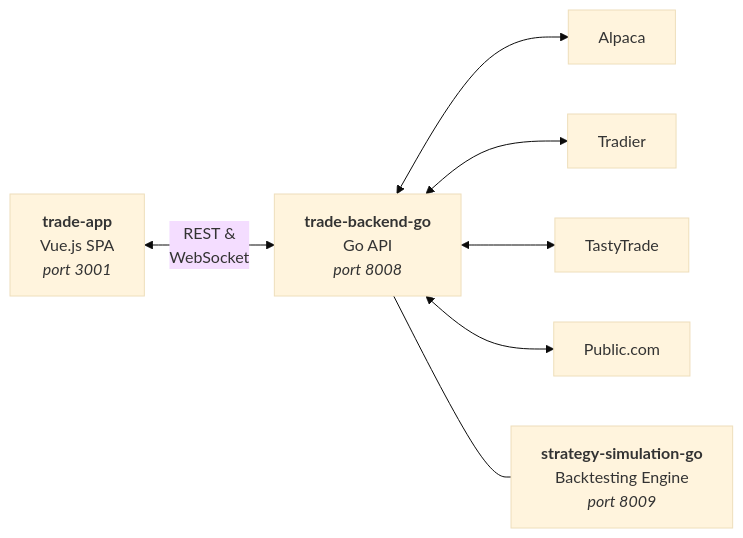
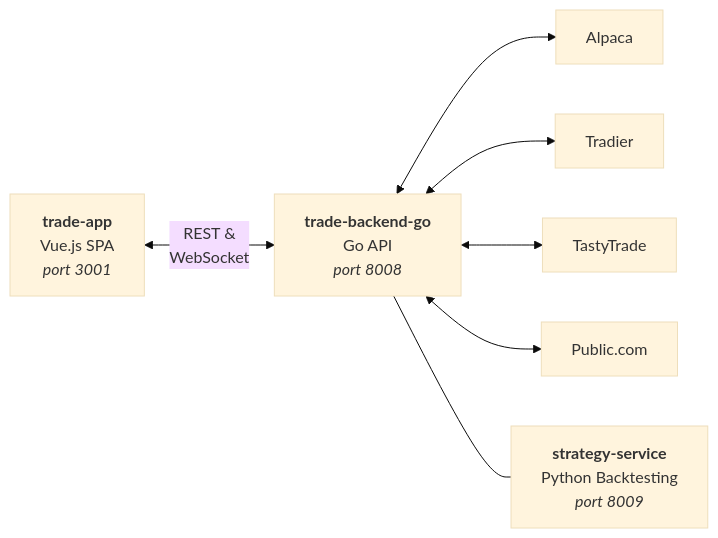
Before and after one commit to schardosin/juicytrade: the diagram in README.md, drawn with Mermaid (base theme). The commit also changed other lines of this file, not shown here.

Commit message:
Remove strategy-simulation-go references, update architecture to strategy-service

````diff
--- a/README.md
+++ b/README.md
@@ -24,9 +24,9 @@
 ```mermaid
 graph LR
     A["<b>trade-app</b><br/>Vue.js SPA<br/><i>port 3001</i>"] <-->|"REST &<br/>WebSocket"| B["<b>trade-backend-go</b><br/>Go API<br/><i>port 8008</i>"]
     B <--> C["Alpaca"]
     B <--> D["Tradier"]
     B <--> E["TastyTrade"]
     B <--> F["Public.com"]
-    B --- G["<b>strategy-simulation-go</b><br/>Backtesting Engine<br/><i>port 8009</i>"]
+    B --- G["<b>strategy-service</b><br/>Python Backtesting<br/><i>port 8009</i>"]
 ```
````
